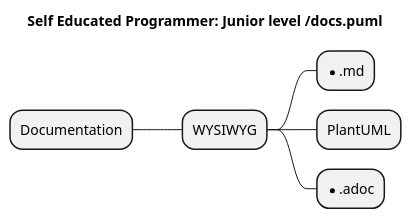
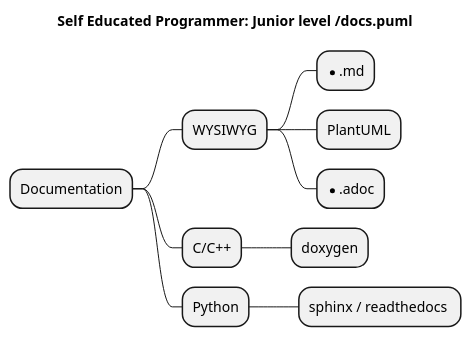
The diagram in src/docs.puml (SmartSoftDev/self_educated_software_programmer_path), drawn with PlantUML before and after one commit. The commit also changed 6 other files, not shown here.

```diff
--- a/src/docs.puml
+++ b/src/docs.puml
@@ -1,10 +1,14 @@
 @startmindmap
 title Self Educated Programmer: Junior level /docs.puml
 
 * Documentation
 ** WYSIWYG
 *** *.md
 *** PlantUML
 *** *.adoc
+** C/C++
+*** doxygen
+** Python
+*** sphinx / readthedocs 
 
 @endmindmap
```
